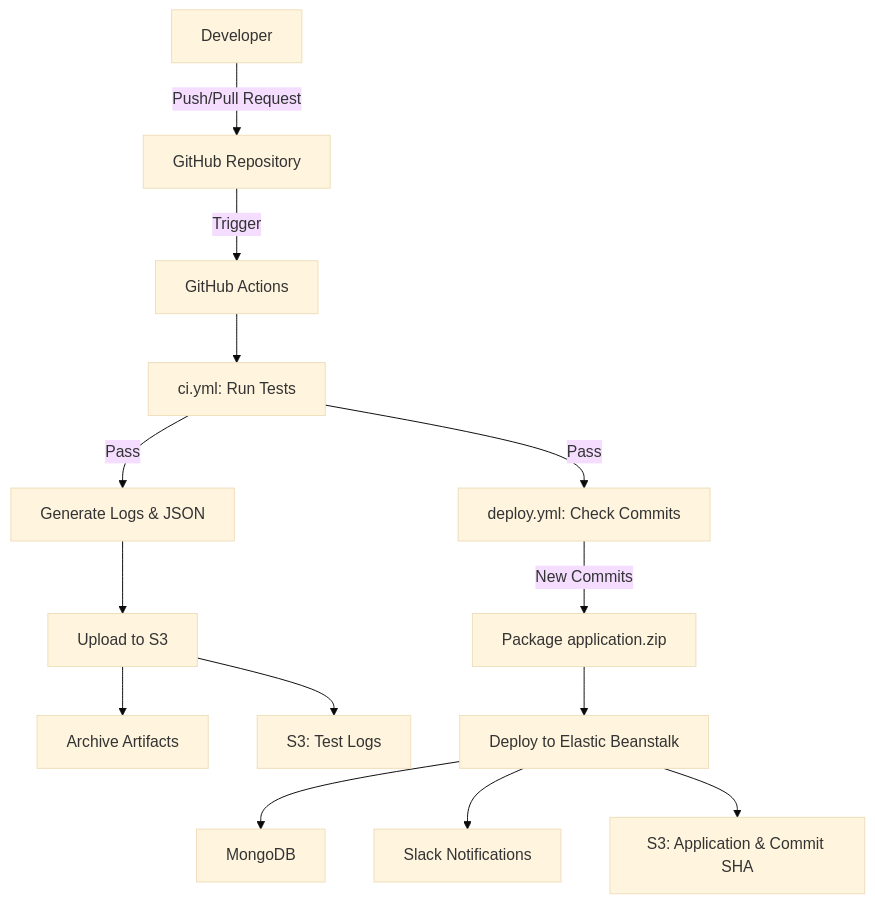
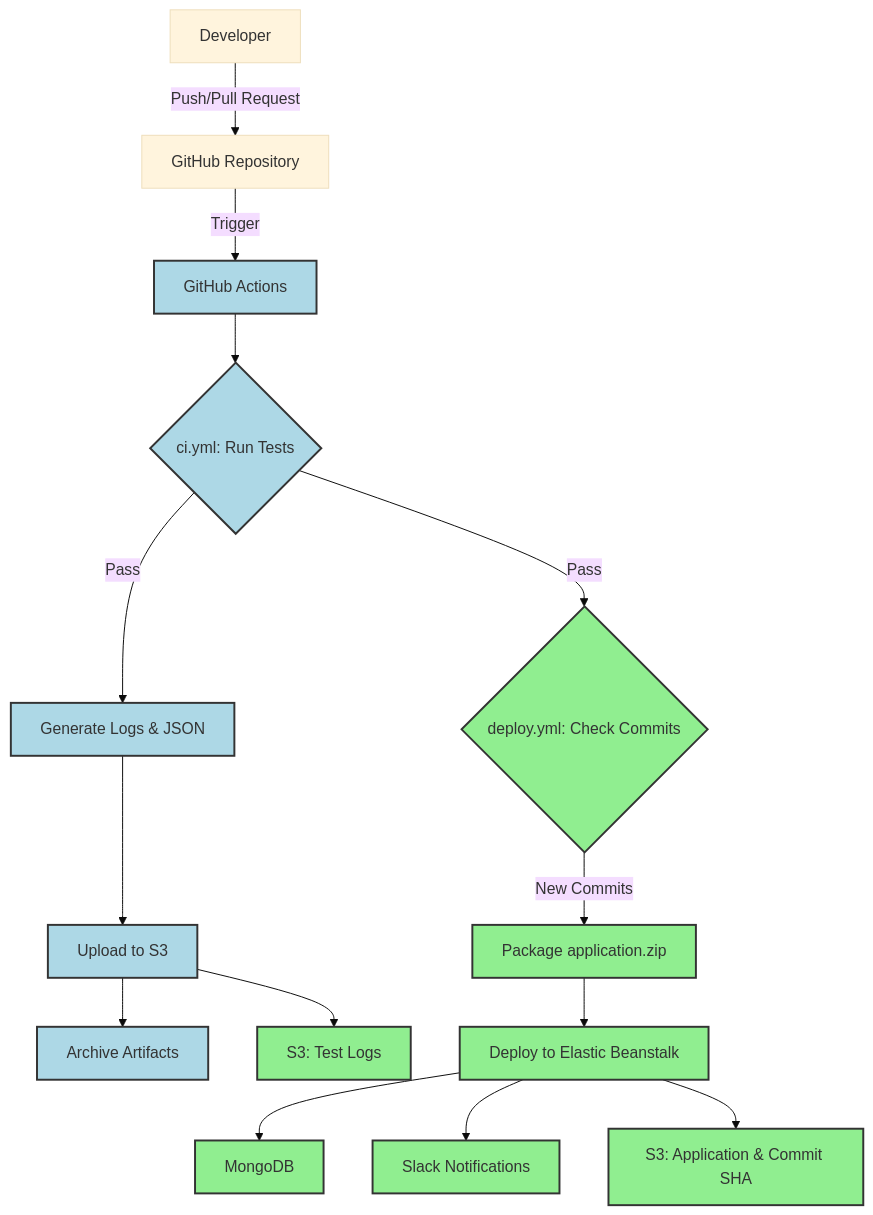
The second of 3 diagrams in README.md (Evan-Codes88/CI-CD-api), drawn with Mermaid (base theme) before and after one commit. The commit also changed other lines of this file, not shown here.

````diff
--- a/README.md
+++ b/README.md
@@ -439,16 +416,20 @@
 ```mermaid
 graph TD
     A[Developer] -->|Push/Pull Request| B[GitHub Repository]
     B -->|Trigger| C[GitHub Actions]
-    C --> D[ci.yml: Run Tests]
+    C --> D{ci.yml: Run Tests}
     D -->|Pass| E[Generate Logs & JSON]
     E --> F[Upload to S3]
     F --> G[Archive Artifacts]
-    D -->|Pass| H[deploy.yml: Check Commits]
+    D -->|Pass| H{deploy.yml: Check Commits}
     H -->|New Commits| I[Package application.zip]
     I --> J[Deploy to Elastic Beanstalk]
     J --> K[MongoDB]
     J --> L[Slack Notifications]
     F --> M[S3: Test Logs]
     J --> N[S3: Application & Commit SHA]
+    classDef ci fill:#ADD8E6,stroke:#333,stroke-width:2px;
+    classDef deploy fill:#90EE90,stroke:#333,stroke-width:2px;
+    class C,D,E,F,G ci;
+    class H,I,J,K,L,M,N deploy;
 ```
````
